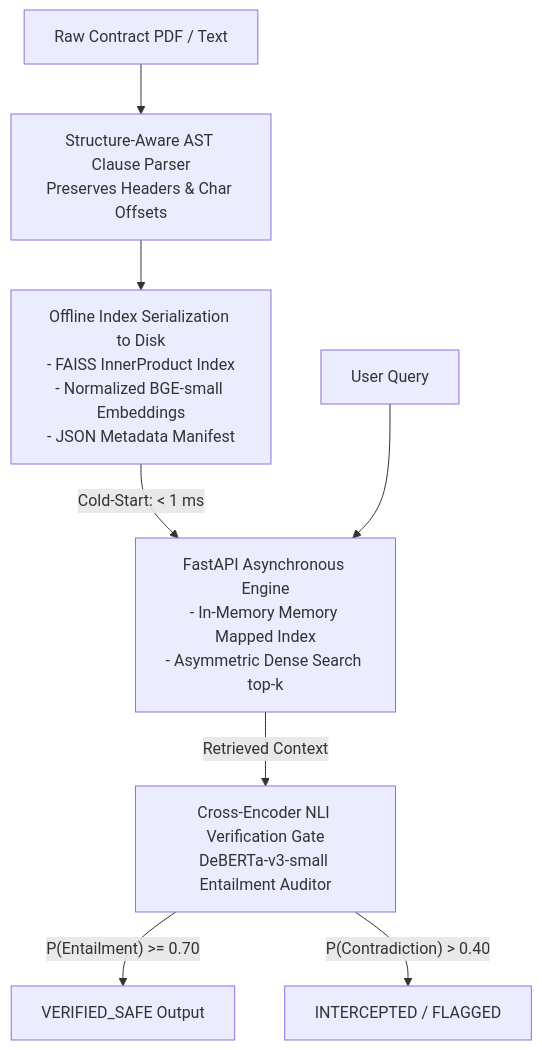
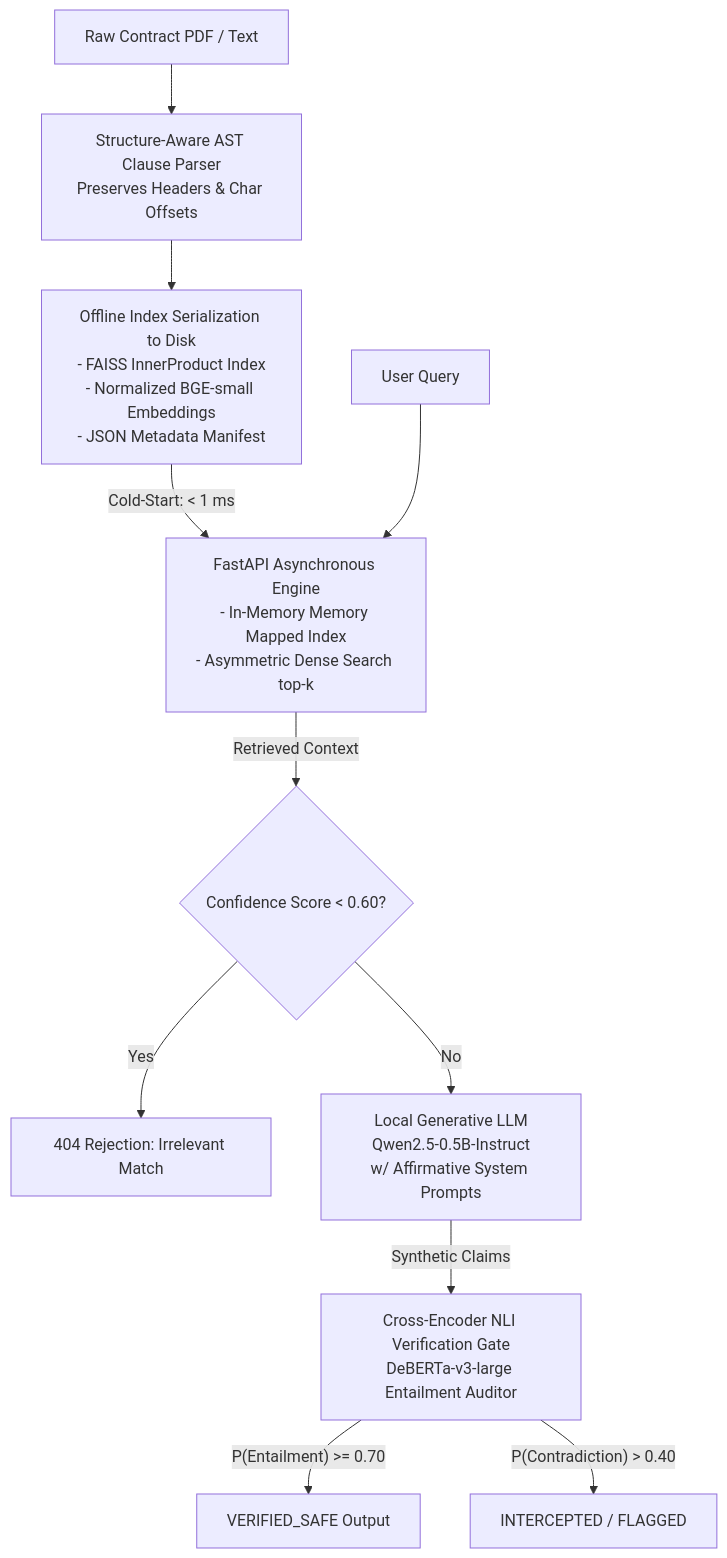
One commit to yellowgram1543/legal-safety-engine changed the diagram in README.md. Above: the diagram before and after it, drawn with Mermaid. The commit also changed other lines of this file, not shown here.

Commit message:
docs: update readme with full end-to-end architecture and local LLM/UI features

````diff
--- a/README.md
+++ b/README.md
@@ -9,13 +9,19 @@
 ```mermaid
 flowchart TD
     Raw[Raw Contract PDF / Text] --> AST[Structure-Aware AST Clause Parser<br/>Preserves Headers & Char Offsets]
     AST --> Index[Offline Index Serialization to Disk<br/>- FAISS InnerProduct Index<br/>- Normalized BGE-small Embeddings<br/>- JSON Metadata Manifest]
     
     Index -- "Cold-Start: < 1 ms" --> Engine[FastAPI Asynchronous Engine<br/>- In-Memory Memory Mapped Index<br/>- Asymmetric Dense Search top-k]
+    
     Query[User Query] --> Engine
     
-    Engine -- Retrieved Context --> NLI[Cross-Encoder NLI Verification Gate<br/>DeBERTa-v3-small Entailment Auditor]
+    Engine -- Retrieved Context --> RejectionGate{Confidence Score < 0.60?}
+    RejectionGate -- Yes --> Reject[404 Rejection: Irrelevant Match]
+    
+    RejectionGate -- No --> LLM[Local Generative LLM<br/>Qwen2.5-0.5B-Instruct<br/>w/ Affirmative System Prompts]
+    
+    LLM -- Synthetic Claims --> NLI[Cross-Encoder NLI Verification Gate<br/>DeBERTa-v3-large Entailment Auditor]
     
     NLI -- "P(Entailment) >= 0.70" --> Safe[VERIFIED_SAFE Output]
     NLI -- "P(Contradiction) > 0.40" --> Flagged[INTERCEPTED / FLAGGED]
 ```
````
